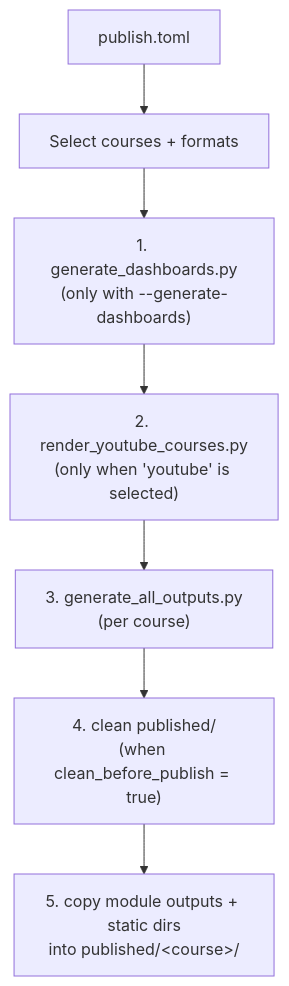
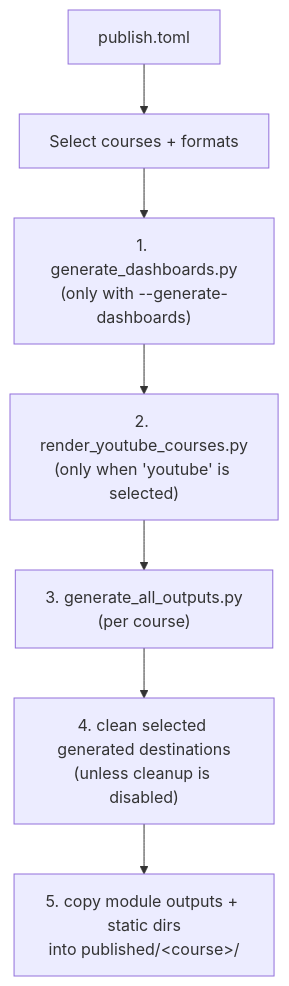
Before and after one commit to ActiveInferenceInstitute/courses: the diagram in software/docs/PIPELINE.md, drawn with Mermaid. The commit also changed other lines of this file and 75 other files, not shown here.

````diff
--- a/software/docs/PIPELINE.md
+++ b/software/docs/PIPELINE.md
@@ -31,9 +31,9 @@
 ```mermaid
 graph TD
     TOML["publish.toml"] --> SEL["Select courses + formats"]
     SEL --> DASH["1. generate_dashboards.py<br/>(only with --generate-dashboards)"]
     DASH --> YT["2. render_youtube_courses.py<br/>(only when 'youtube' is selected)"]
     YT --> GEN["3. generate_all_outputs.py<br/>(per course)"]
-    GEN --> CLEAN["4. clean published/<br/>(when clean_before_publish = true)"]
+    GEN --> CLEAN["4. clean selected generated destinations<br/>(unless cleanup is disabled)"]
     CLEAN --> COPY["5. copy module outputs + static dirs<br/>into published/&lt;course&gt;/"]
 ```
````
